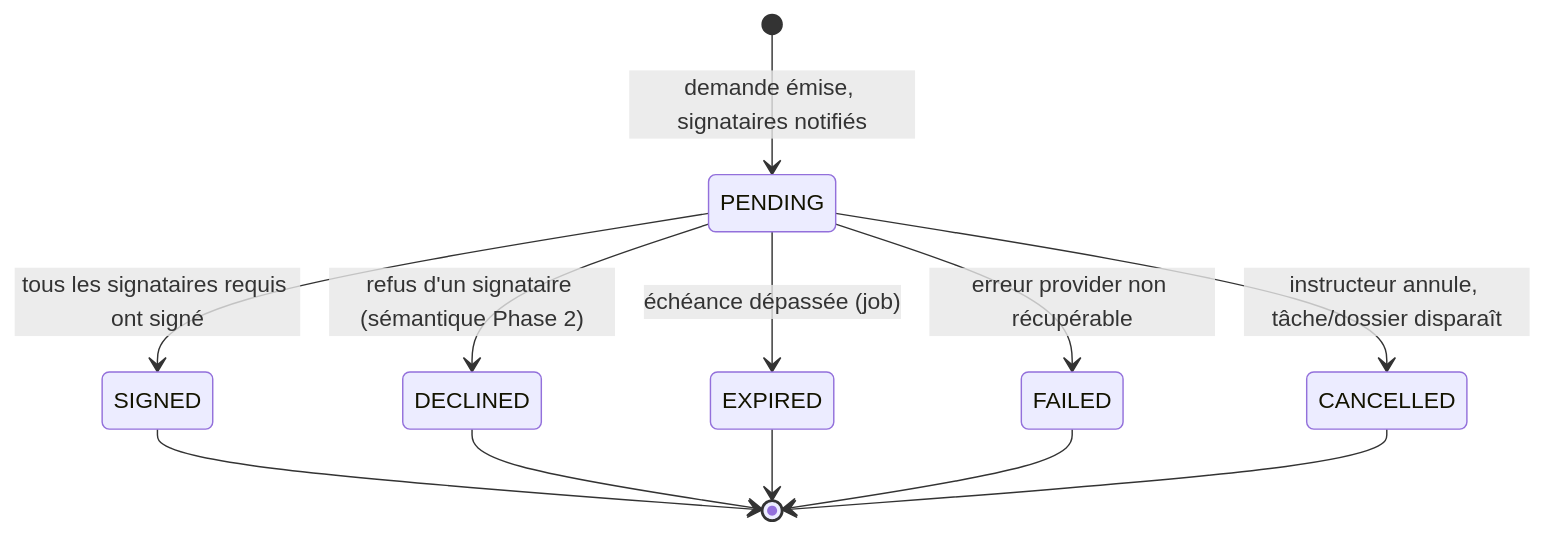
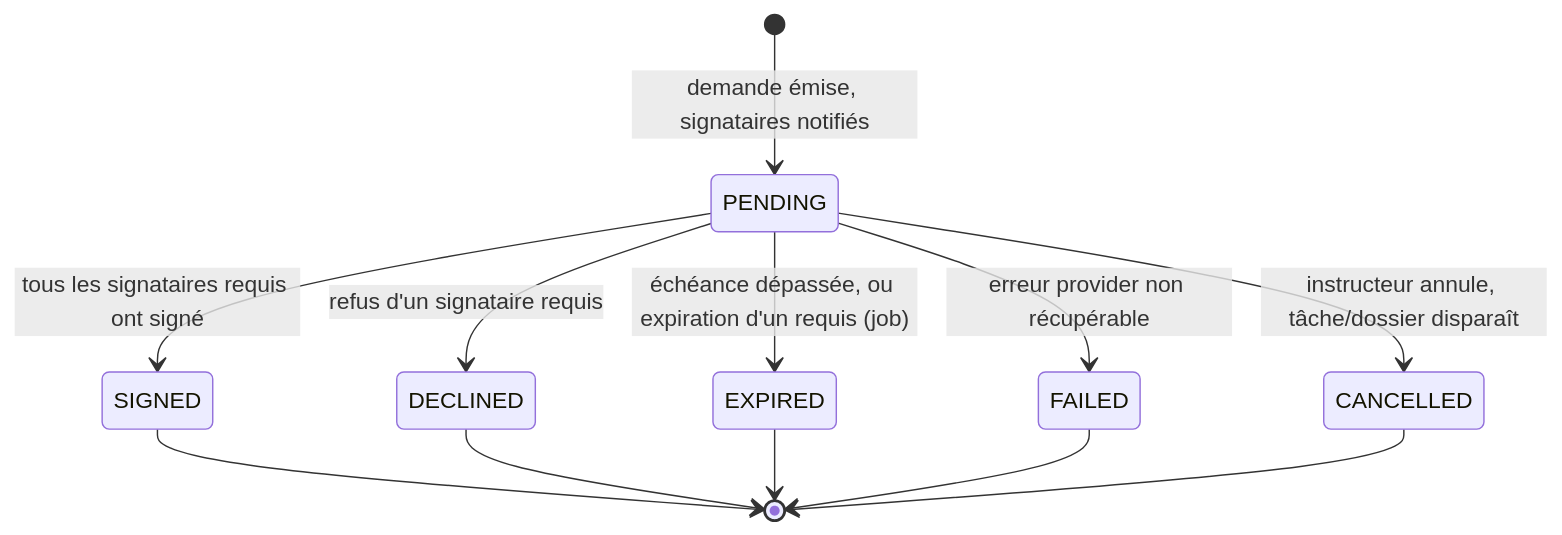
Before and after one commit to superjojo79/Myrmacta: the second of 2 diagrams in docs/ai/design/2026-09-29-feature-signature-electronique.md, drawn with Mermaid. The commit also changed other lines of this file and 7 other files, not shown here.

````diff
--- a/docs/ai/design/2026-09-29-feature-signature-electronique.md
+++ b/docs/ai/design/2026-09-29-feature-signature-electronique.md
@@ -115,14 +123,14 @@
 ```mermaid
 stateDiagram-v2
     [*] --> PENDING: demande émise, signataires notifiés
     PENDING --> SIGNED: tous les signataires requis ont signé
-    PENDING --> DECLINED: refus d'un signataire (sémantique Phase 2)
-    PENDING --> EXPIRED: échéance dépassée (job)
+    PENDING --> DECLINED: refus d'un signataire requis
+    PENDING --> EXPIRED: échéance dépassée, ou expiration d'un requis (job)
     PENDING --> FAILED: erreur provider non récupérable
     PENDING --> CANCELLED: instructeur annule, tâche/dossier disparaît
     SIGNED --> [*]
     DECLINED --> [*]
     EXPIRED --> [*]
     FAILED --> [*]
     CANCELLED --> [*]
 ```
````
